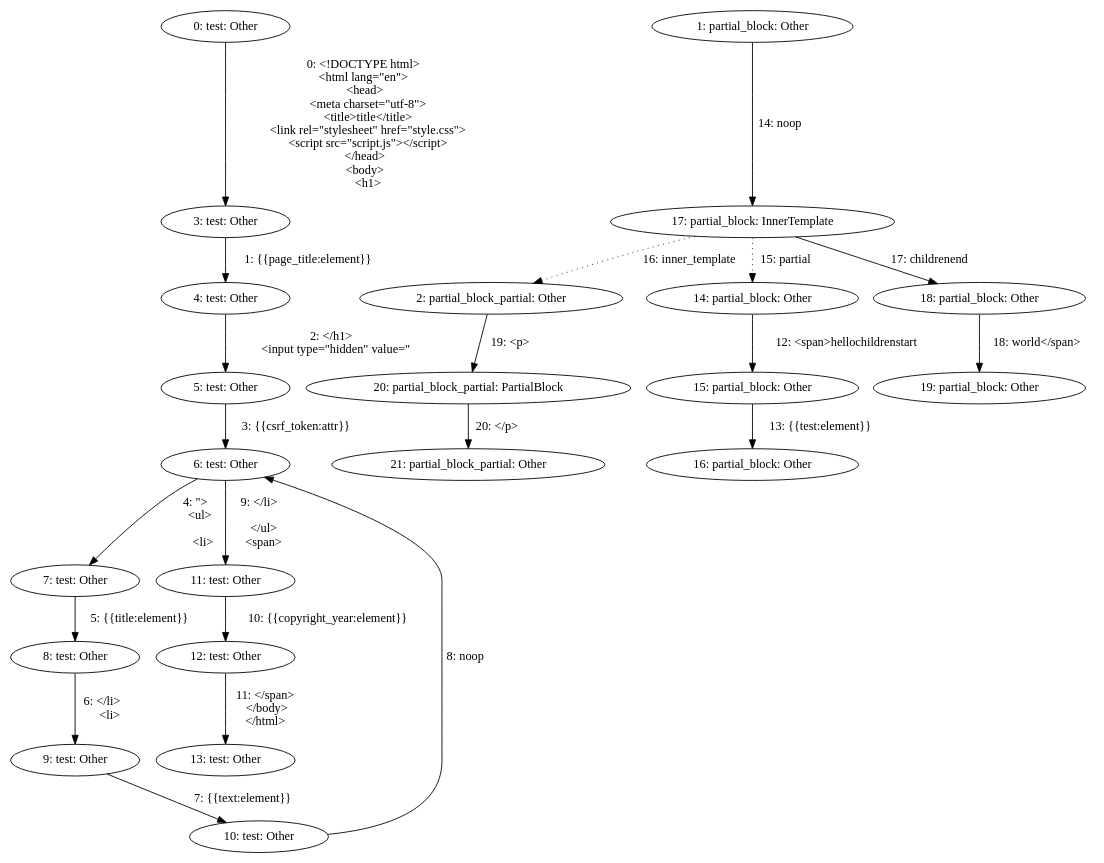
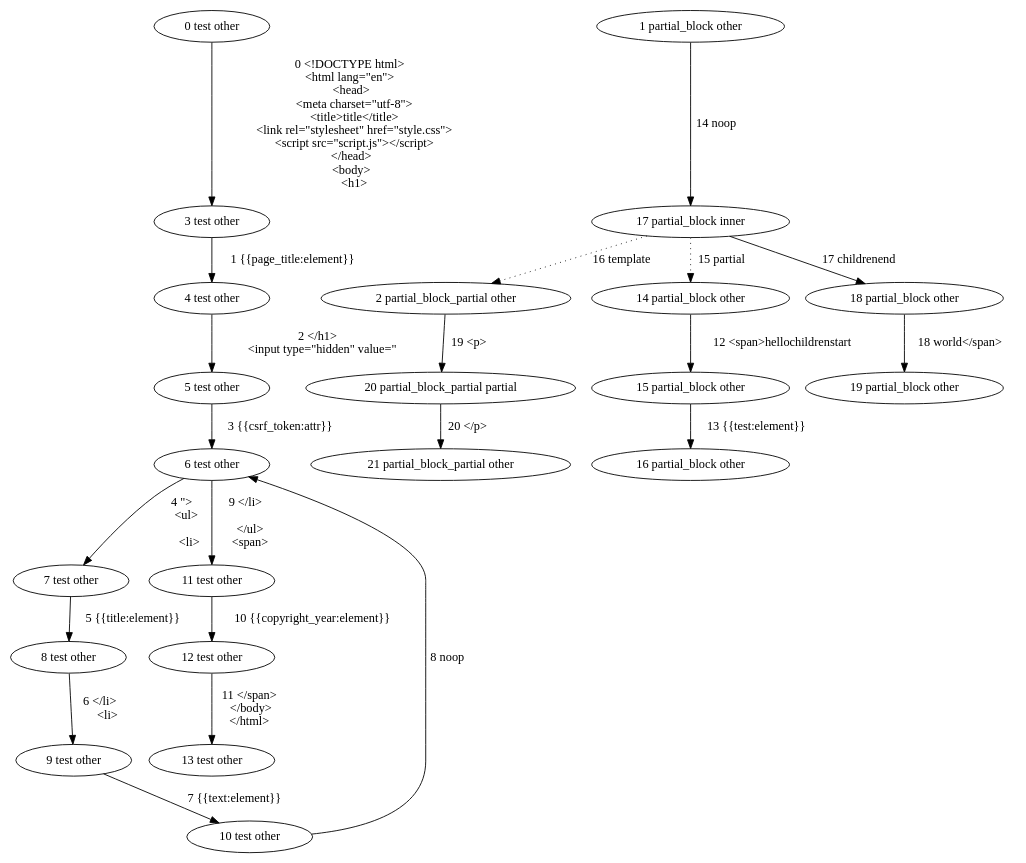
The diagram in zero-cost-templating/test,partial_block,partial_block_partial.dot (mohe2015/zero-cost-templating), drawn with Graphviz before and after one commit. The commit also changed 4 other files, not shown here.

```diff
--- a/zero-cost-templating/test,partial_block,partial_block_partial.dot
+++ b/zero-cost-templating/test,partial_block,partial_block_partial.dot
@@ -1,64 +1,64 @@
 digraph {
-    0 [ label = "0: test: Other"]
-    1 [ label = "1: partial_block: Other"]
-    2 [ label = "2: partial_block_partial: Other"]
-    3 [ label = "3: test: Other"]
-    4 [ label = "4: test: Other"]
-    5 [ label = "5: test: Other"]
-    6 [ label = "6: test: Other"]
-    7 [ label = "7: test: Other"]
-    8 [ label = "8: test: Other"]
-    9 [ label = "9: test: Other"]
-    10 [ label = "10: test: Other"]
-    11 [ label = "11: test: Other"]
-    12 [ label = "12: test: Other"]
-    13 [ label = "13: test: Other"]
-    14 [ label = "14: partial_block: Other"]
-    15 [ label = "15: partial_block: Other"]
-    16 [ label = "16: partial_block: Other"]
-    17 [ label = "17: partial_block: InnerTemplate"]
-    18 [ label = "18: partial_block: Other"]
-    19 [ label = "19: partial_block: Other"]
-    20 [ label = "20: partial_block_partial: PartialBlock"]
-    21 [ label = "21: partial_block_partial: Other"]
-    0 -> 3 [ label = "0: <!DOCTYPE html>
+    0 [ label = "0 test other"]
+    1 [ label = "1 partial_block other"]
+    2 [ label = "2 partial_block_partial other"]
+    3 [ label = "3 test other"]
+    4 [ label = "4 test other"]
+    5 [ label = "5 test other"]
+    6 [ label = "6 test other"]
+    7 [ label = "7 test other"]
+    8 [ label = "8 test other"]
+    9 [ label = "9 test other"]
+    10 [ label = "10 test other"]
+    11 [ label = "11 test other"]
+    12 [ label = "12 test other"]
+    13 [ label = "13 test other"]
+    14 [ label = "14 partial_block other"]
+    15 [ label = "15 partial_block other"]
+    16 [ label = "16 partial_block other"]
+    17 [ label = "17 partial_block inner"]
+    18 [ label = "18 partial_block other"]
+    19 [ label = "19 partial_block other"]
+    20 [ label = "20 partial_block_partial partial"]
+    21 [ label = "21 partial_block_partial other"]
+    0 -> 3 [ label = "0 <!DOCTYPE html>
 <html lang=\"en\">
   <head>
     <meta charset=\"utf-8\">
     <title>title</title>
     <link rel=\"stylesheet\" href=\"style.css\">
     <script src=\"script.js\"></script>
   </head>
   <body>
     <h1>"]
-    3 -> 4 [ label = "1: {{page_title:element}}"]
-    4 -> 5 [ label = "2: </h1>
+    3 -> 4 [ label = "1 {{page_title:element}}"]
+    4 -> 5 [ label = "2 </h1>
     <input type=\"hidden\" value=\""]
-    5 -> 6 [ label = "3: {{csrf_token:attr}}"]
-    6 -> 7 [ label = "4: \">
+    5 -> 6 [ label = "3 {{csrf_token:attr}}"]
+    6 -> 7 [ label = "4 \">
     <ul>
     
       <li>"]
-    7 -> 8 [ label = "5: {{title:element}}"]
-    8 -> 9 [ label = "6: </li>
+    7 -> 8 [ label = "5 {{title:element}}"]
+    8 -> 9 [ label = "6 </li>
       <li>"]
-    9 -> 10 [ label = "7: {{text:element}}"]
-    10 -> 6 [ label = "8: noop"]
-    6 -> 11 [ label = "9: </li>
+    9 -> 10 [ label = "7 {{text:element}}"]
+    10 -> 6 [ label = "8 noop"]
+    6 -> 11 [ label = "9 </li>
     
     </ul>
     <span>"]
-    11 -> 12 [ label = "10: {{copyright_year:element}}"]
-    12 -> 13 [ label = "11: </span>
+    11 -> 12 [ label = "10 {{copyright_year:element}}"]
+    12 -> 13 [ label = "11 </span>
   </body>
 </html>"]
-    14 -> 15 [ label = "12: <span>hellochildrenstart"]
-    15 -> 16 [ label = "13: {{test:element}}"]
-    1 -> 17 [ label = "14: noop"]
-    17 -> 14 [ label = "15: partial" style = dotted]
-    17 -> 2 [ label = "16: inner_template" style = dotted]
-    17 -> 18 [ label = "17: childrenend"]
-    18 -> 19 [ label = "18: world</span>"]
-    2 -> 20 [ label = "19: <p>"]
-    20 -> 21 [ label = "20: </p>"]
+    14 -> 15 [ label = "12 <span>hellochildrenstart"]
+    15 -> 16 [ label = "13 {{test:element}}"]
+    1 -> 17 [ label = "14 noop"]
+    17 -> 14 [ label = "15 partial" style = dotted]
+    17 -> 2 [ label = "16 template" style = dotted]
+    17 -> 18 [ label = "17 childrenend"]
+    18 -> 19 [ label = "18 world</span>"]
+    2 -> 20 [ label = "19 <p>"]
+    20 -> 21 [ label = "20 </p>"]
 }
```
